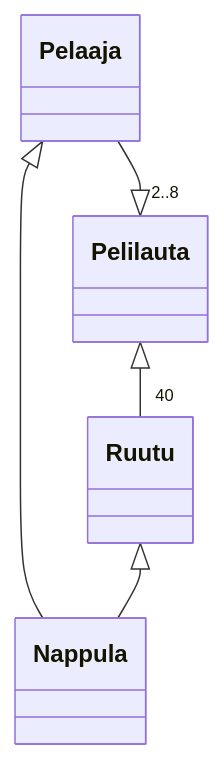
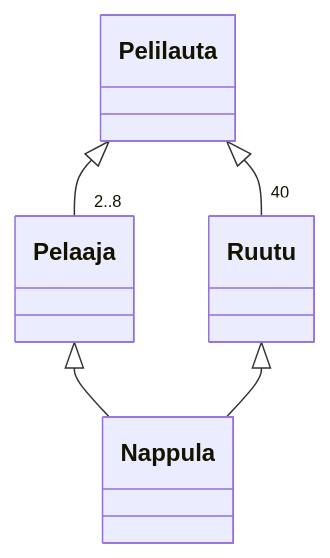
The diagram in laskarit/viikko3/luokkkakaavio.md (tapsamies/ot-harjoitustyo), drawn with Mermaid before and after one commit.

````diff
--- a/laskarit/viikko3/luokkkakaavio.md
+++ b/laskarit/viikko3/luokkkakaavio.md
@@ -1,19 +1,20 @@
 ```mermaid
 classDiagram
 	Pelilauta <|-- "40" Ruutu
 	Pelaaja <|-- Nappula
 	Ruutu <|-- Nappula
-	Pelaaja --|> "2..8" Pelilauta
+	Pelilauta <|-- "2..8" Pelaaja
+	
 	
 
 
 
 
 
 
 
 
 
 
 
 ```
````
